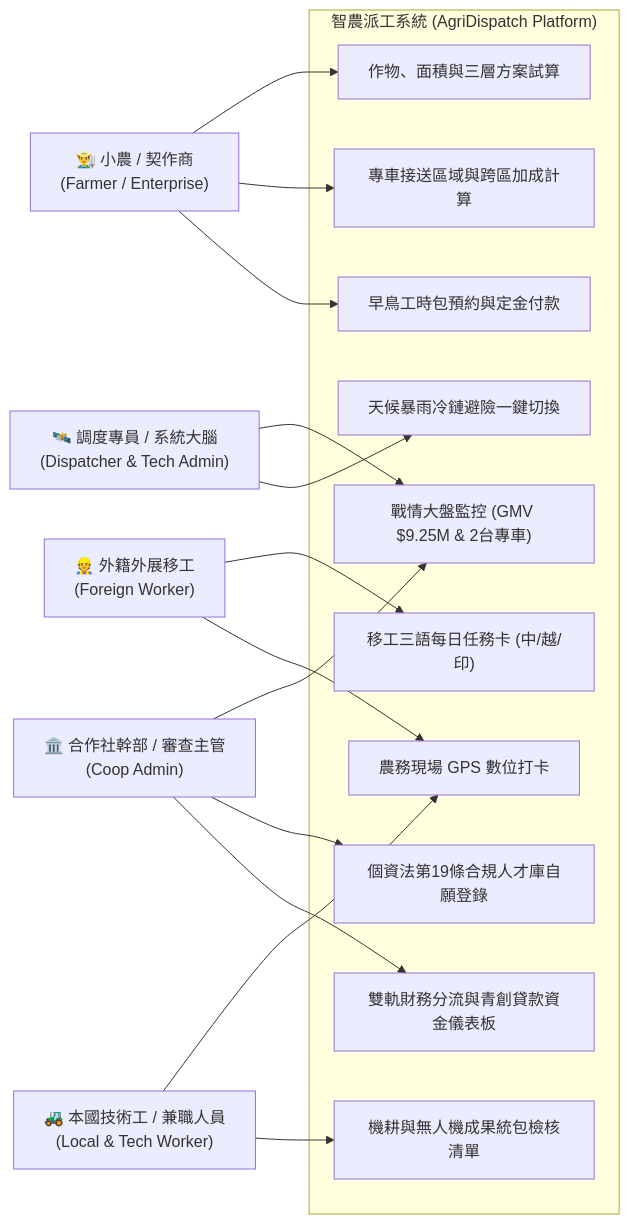
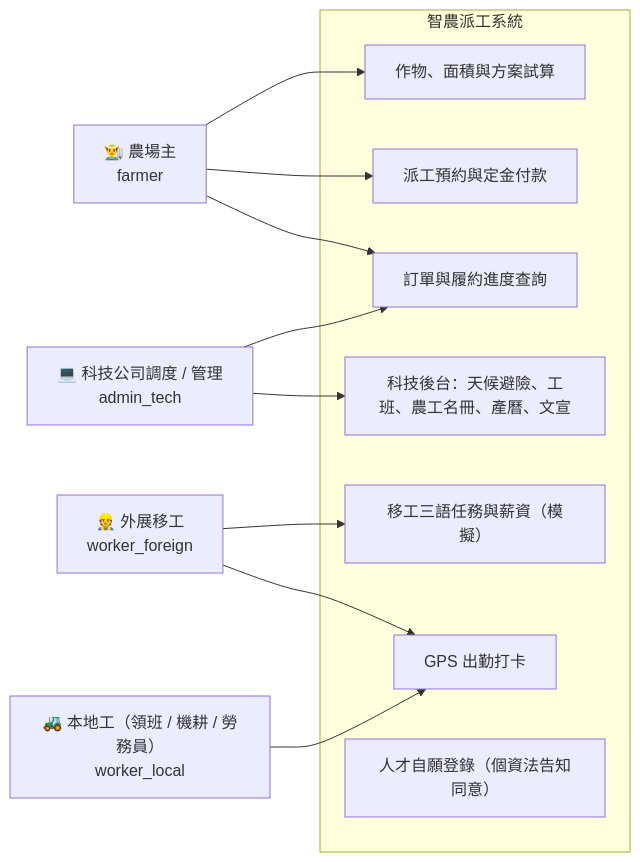
The second of 5 diagrams in Software/Doc/01_系統分析與架構設計規格書.md (xx8888x/agridispatch), drawn with Mermaid before and after one commit. The commit also changed other lines of this file and 7 other files, not shown here.

First line of the commit message:
系統規格書與 ERD 改寫為 v3.0：依實際程式碼描述架構、安全、API 與資料模型

````diff
--- a/Software/Doc/01_系統分析與架構設計規格書.md
+++ b/Software/Doc/01_系統分析與架構設計規格書.md
@@ -81,34 +73,21 @@
 ```mermaid
 flowchart LR
-    Farmer["👨‍🌾 小農 / 契作商<br/>(Farmer / Enterprise)"]
-    Dispatcher["🛰️ 調度專員 / 系統大腦<br/>(Dispatcher & Tech Admin)"]
-    ForeignWorker["👷 外籍外展移工<br/>(Foreign Worker)"]
-    LocalWorker["🚜 本國技術工 / 兼職人員<br/>(Local & Tech Worker)"]
-    Admin["🏛️ 合作社幹部 / 審查主管<br/>(Coop Admin)"]
+    Farmer["👨‍🌾 農場主<br/>farmer"]
+    Admin["💻 科技公司調度 / 管理<br/>admin_tech"]
+    Foreign["👷 外展移工<br/>worker_foreign"]
+    Local["🚜 本地工（領班 / 機耕 / 勞務員）<br/>worker_local"]
 
-    subgraph System ["智農派工系統 (AgriDispatch Platform)"]
-        UC1["作物、面積與三層方案試算"]
-        UC2["專車接送區域與跨區加成計算"]
-        UC3["早鳥工時包預約與定金付款"]
-        UC4["戰情大盤監控 (GMV $9.25M & 2台專車)"]
-        UC5["天候暴雨冷鏈避險一鍵切換"]
-        UC6["移工三語每日任務卡 (中/越/印)"]
-        UC7["農務現場 GPS 數位打卡"]
-        UC8["機耕與無人機成果統包檢核清單"]
-        UC9["個資法第19條合規人才庫自願登錄"]
-        UC10["雙軌財務分流與青創貸款資金儀表板"]
+    subgraph System ["智農派工系統"]
+        UC1["作物、面積與方案試算"]
+        UC2["派工預約與定金付款"]
+        UC3["訂單與履約進度查詢"]
+        UC4["科技後台：天候避險、工班、農工名冊、產曆、文宣"]
+        UC5["移工三語任務與薪資（模擬）"]
+        UC6["GPS 出勤打卡"]
+        UC7["人才自願登錄（個資法告知同意）"]
     end
-
-    Farmer --> UC1
-    Farmer --> UC2
-    Farmer --> UC3
-    Dispatcher --> UC4
-    Dispatcher --> UC5
-    ForeignWorker --> UC6
-    ForeignWorker --> UC7
-    LocalWorker --> UC7
-    LocalWorker --> UC8
-    Admin --> UC4
-    Admin --> UC9
-    Admin --> UC10
+    Farmer --> UC1 & UC2 & UC3
+    Admin --> UC4 & UC3
+    Foreign --> UC5 & UC6
+    Local --> UC6
 ```
````
